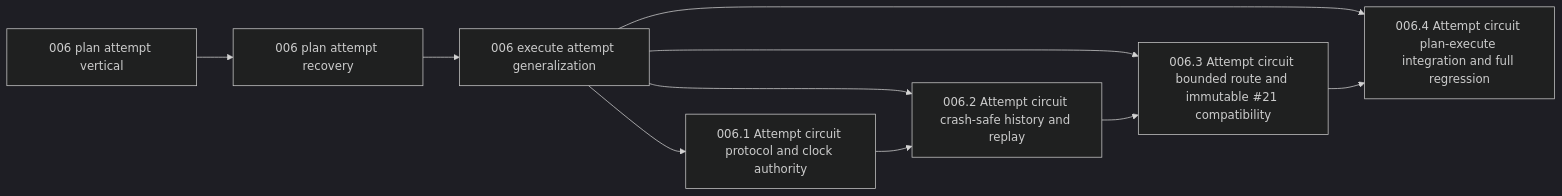
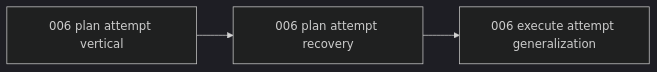
One commit to iamcxa/spacedock-workflows changed the diagram in docs/ship-flow/006-attempt-scoped-stage-circuits-execution-re-slice/index.md. Above: the diagram before and after it, drawn with Mermaid (dark theme). The commit also changed other lines of this file and 14 other files, not shown here.

Commit message:
advance: 006-plan-attempt-vertical entering done

````diff
--- a/docs/ship-flow/006-attempt-scoped-stage-circuits-execution-re-slice/index.md
+++ b/docs/ship-flow/006-attempt-scoped-stage-circuits-execution-re-slice/index.md
@@ -23,19 +19,8 @@
 ```mermaid
 graph LR
   n006_plan_vertical["006 plan attempt vertical"]
   n006_plan_recovery["006 plan attempt recovery"]
   n006_execute_generalization["006 execute attempt generalization"]
-  n006_1["006.1 Attempt circuit protocol and clock authority"]
-  n006_2["006.2 Attempt circuit crash-safe history and replay"]
-  n006_3["006.3 Attempt circuit bounded route and immutable #21 compatibility"]
-  n006_4["006.4 Attempt circuit plan-execute integration and full regression"]
   n006_plan_vertical --> n006_plan_recovery
   n006_plan_recovery --> n006_execute_generalization
-  n006_execute_generalization --> n006_1
-  n006_execute_generalization --> n006_2
-  n006_execute_generalization --> n006_3
-  n006_execute_generalization --> n006_4
-  n006_1 --> n006_2
-  n006_2 --> n006_3
-  n006_3 --> n006_4
 ```
````
